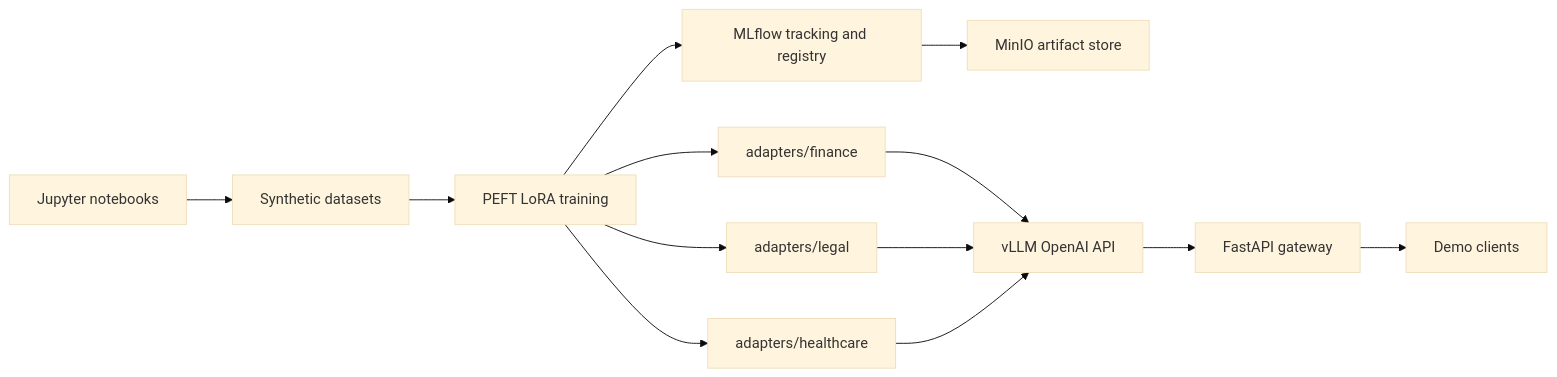
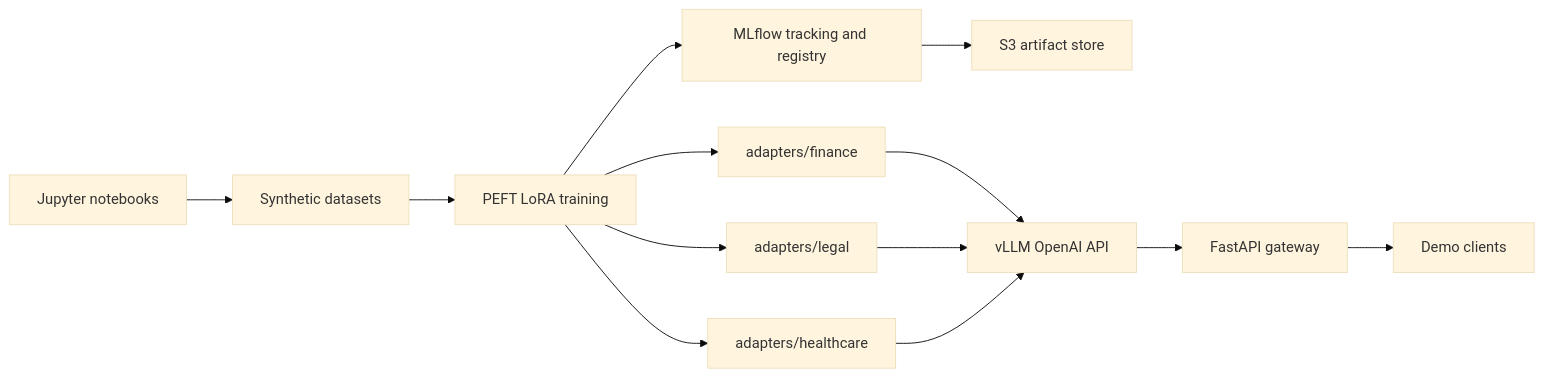
One commit to Vincent-Charbonnier/llmops-demo changed the diagram in README.md. Above: the diagram before and after it, drawn with Mermaid (base theme).

````diff
--- a/README.md
+++ b/README.md
@@ -7,15 +7,15 @@
 ```mermaid
 flowchart LR
     A[Jupyter notebooks] --> B[Synthetic datasets]
     B --> C[PEFT LoRA training]
     C --> D[adapters/finance]
     C --> E[adapters/legal]
     C --> F[adapters/healthcare]
     C --> G[MLflow tracking and registry]
-    G --> H[MinIO artifact store]
+    G --> H[S3 artifact store]
     D --> I[vLLM OpenAI API]
     E --> I
     F --> I
     I --> J[FastAPI gateway]
     J --> K[Demo clients]
 ```
````
